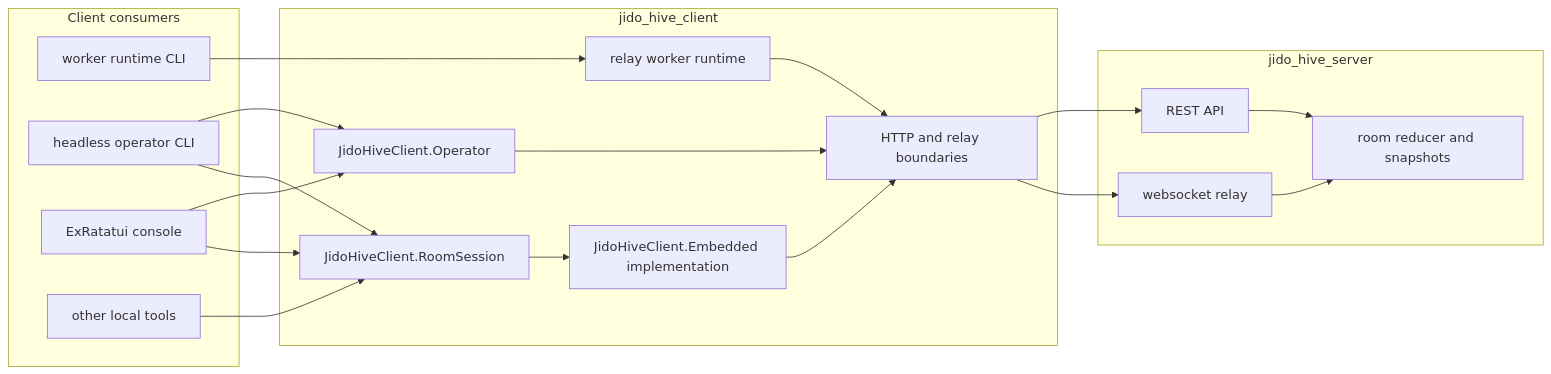
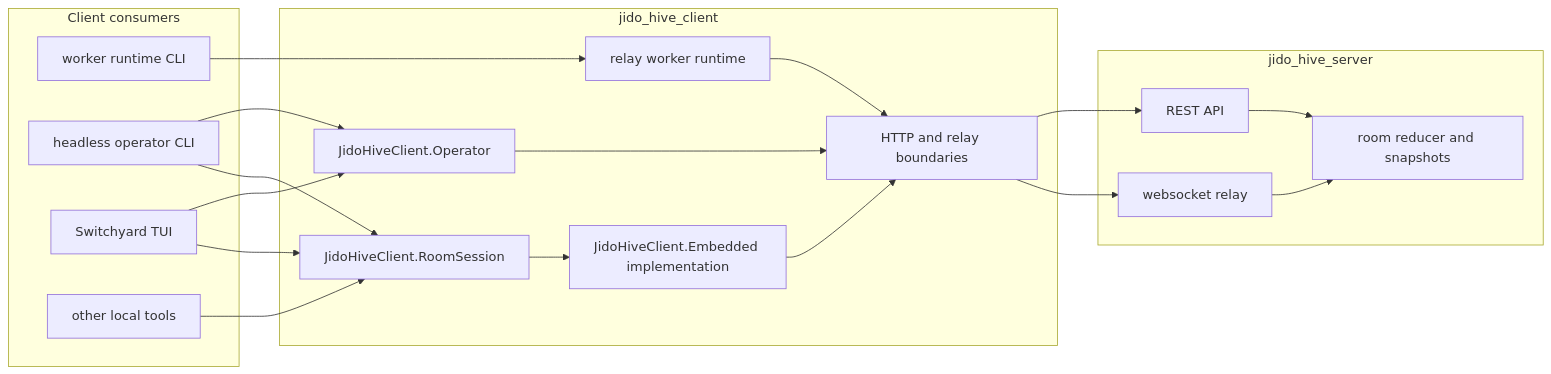
Before and after one commit to nshkrdotcom/jido_hive: the diagram in jido_hive_client/README.md, drawn with Mermaid. The commit also changed other lines of this file and 55 other files, not shown here.

Commit message:
Migrate console to Switchyard compatibility layer

````diff
--- a/jido_hive_client/README.md
+++ b/jido_hive_client/README.md
@@ -82,38 +82,38 @@
 ```mermaid
 flowchart LR
     subgraph Consumers[Client consumers]
       WorkerCLI[worker runtime CLI]
       Headless[headless operator CLI]
-      Console[ExRatatui console]
+      Console[Switchyard TUI]
       Other[other local tools]
     end
 
     subgraph Client[jido_hive_client]
       Operator[JidoHiveClient.Operator]
       Session[JidoHiveClient.RoomSession]
       Embedded[JidoHiveClient.Embedded implementation]
       Runtime[relay worker runtime]
       Boundary[HTTP and relay boundaries]
     end
 
     subgraph Server[jido_hive_server]
       API[REST API]
       Relay[websocket relay]
       Rooms[room reducer and snapshots]
     end
 
     WorkerCLI --> Runtime
     Headless --> Operator
     Headless --> Session
     Console --> Operator
     Console --> Session
     Other --> Session
     Session --> Embedded
     Operator --> Boundary
     Runtime --> Boundary
     Embedded --> Boundary
     Boundary --> API
     Boundary --> Relay
     API --> Rooms
     Relay --> Rooms
 ```
````
